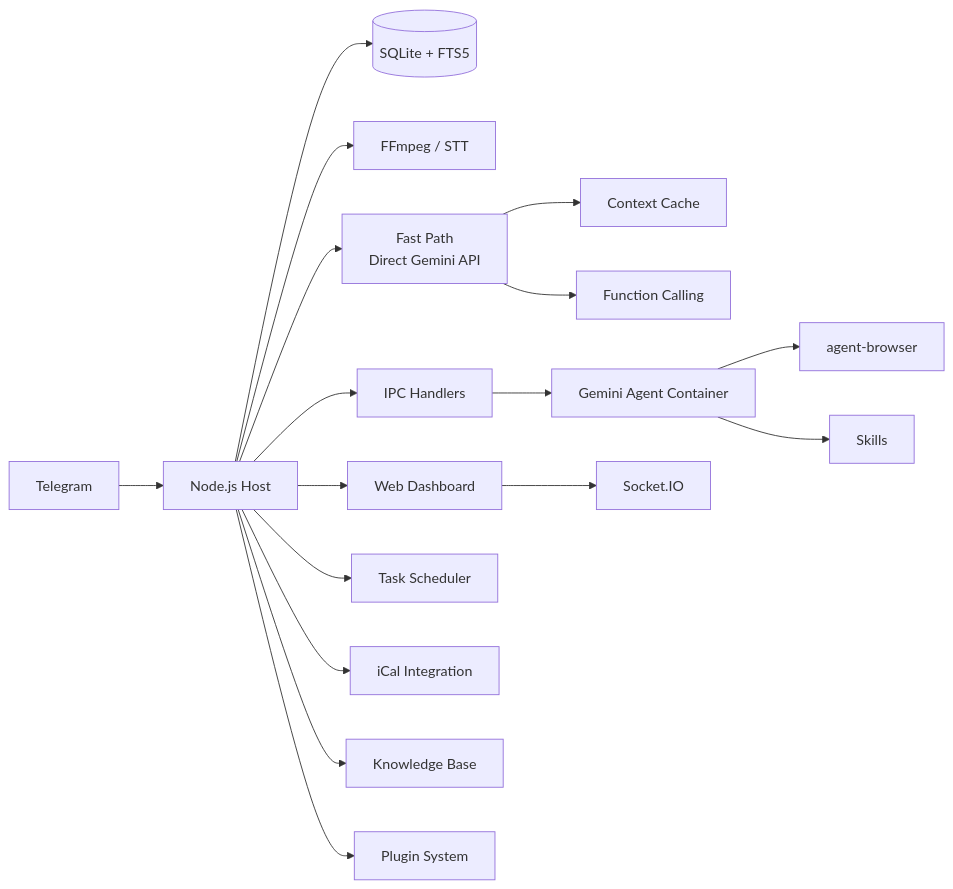
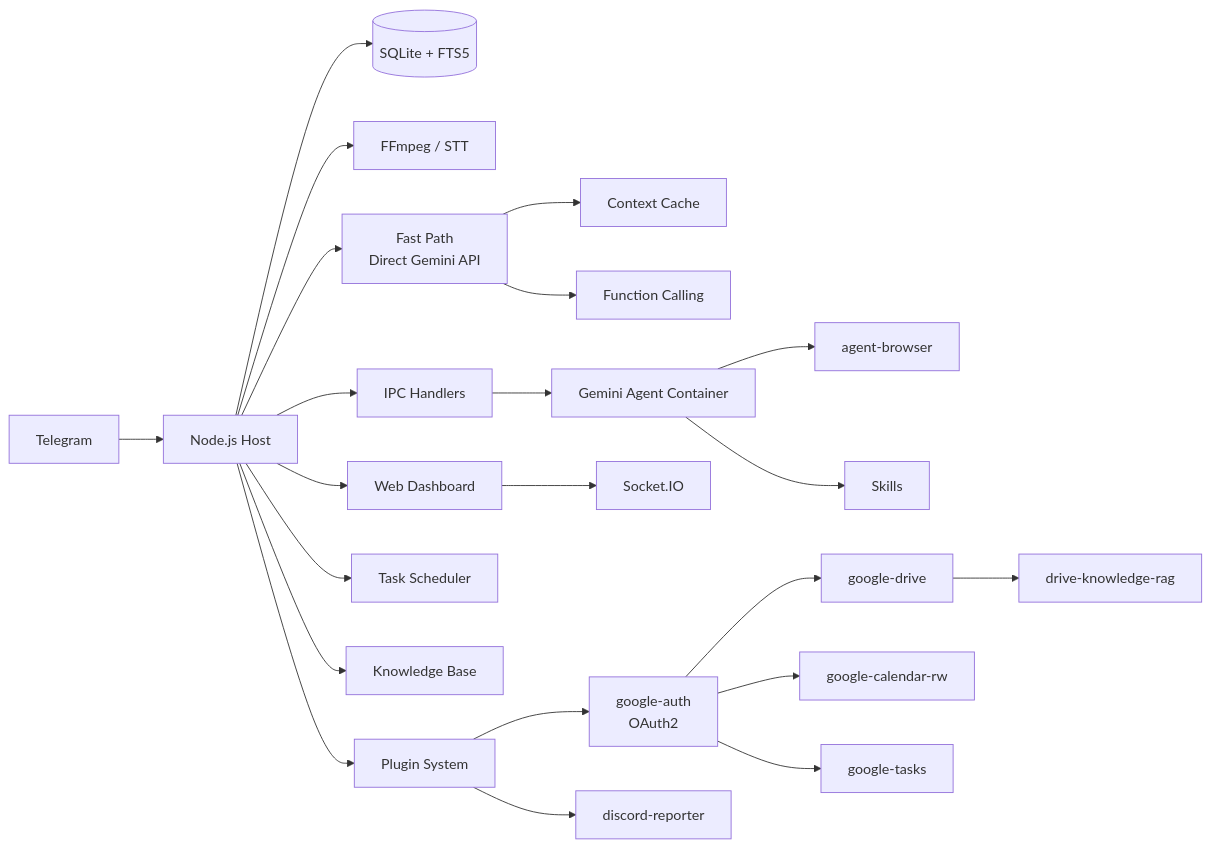
The diagram in README.ko.md (Rlin1027/NanoGemClaw), drawn with Mermaid before and after one commit. The commit also changed other lines of this file and 8 other files, not shown here.

Commit message:
docs: update README and CHANGELOG for Google ecosystem plugins

````diff
--- a/README.ko.md
+++ b/README.ko.md
@@ -317,19 +369,24 @@
 ```mermaid
 graph LR
     TG[Telegram] --> Bot[Node.js Host]
     Bot --> DB[(SQLite + FTS5)]
     Bot --> STT[FFmpeg / STT]
     Bot --> FP[Fast Path<br/>Direct Gemini API]
     FP --> Cache[Context Cache]
     FP --> FC[Function Calling]
     Bot --> IPC[IPC Handlers]
     IPC --> Container[Gemini Agent Container]
     Container --> Browser[agent-browser]
     Container --> Skills[Skills]
     Bot --> Dashboard[Web Dashboard]
     Dashboard --> WS[Socket.IO]
     Bot --> Scheduler[Task Scheduler]
-    Bot --> Calendar[iCal Integration]
     Bot --> Knowledge[Knowledge Base]
     Bot --> Plugins[Plugin System]
+    Plugins --> GAuth[google-auth<br/>OAuth2]
+    GAuth --> GDrive[google-drive]
+    GAuth --> GCal[google-calendar-rw]
+    GAuth --> GTasks[google-tasks]
+    GDrive --> RAG[drive-knowledge-rag]
+    Plugins --> Discord[discord-reporter]
 ```
````
